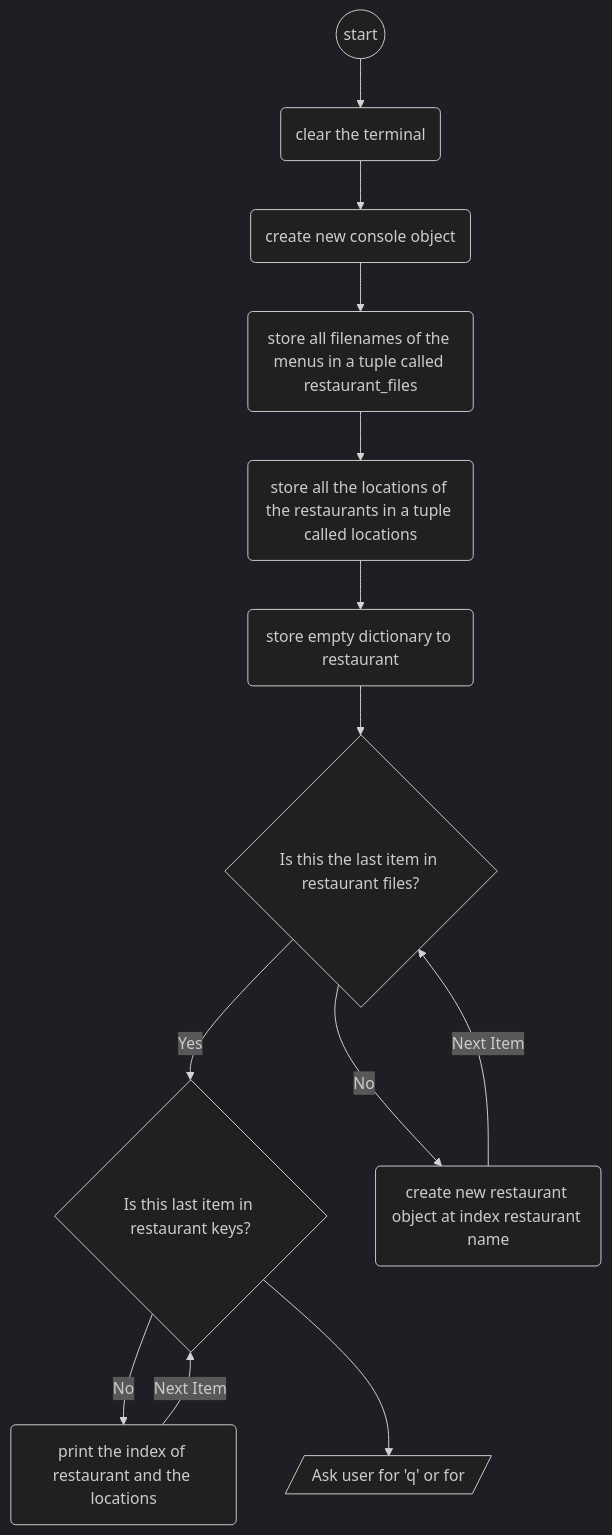
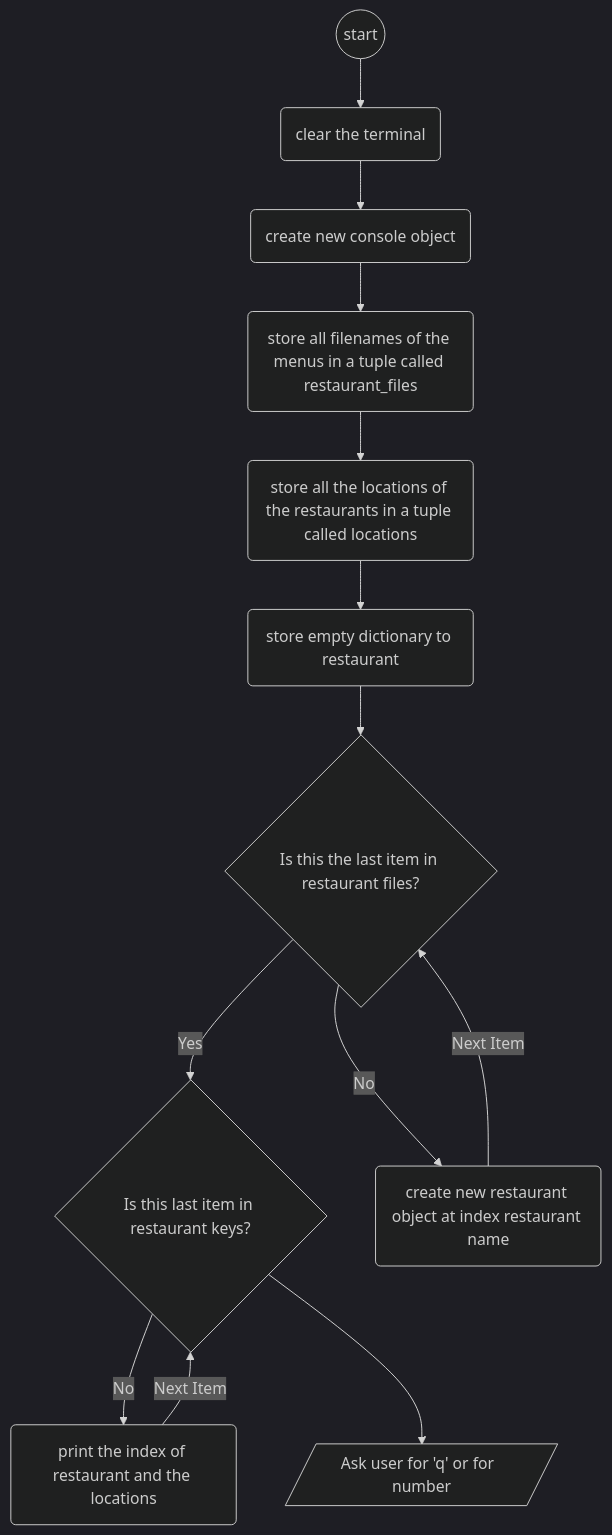
Before and after one commit to asdcf35/classwork: the diagram in Error Journaling/flowchart.mmd, drawn with Mermaid (dark theme).

Commit message:
May 14, 2024, 5:59 AM

```diff
--- a/Error Journaling/flowchart.mmd
+++ b/Error Journaling/flowchart.mmd
@@ -1,11 +1,11 @@
 flowchart
     start((start)) -->
     clearTerminal(clear the terminal) -->
     consoleObject(create new console object) -->
     restaurantFiles(store all filenames of the menus in a tuple called restaurant_files) -->
     locations(store all the locations of the restaurants in a tuple called locations) -->
     emptyRestaurant(store empty dictionary to restaurant) -->
     lastItemInRestaurantFiles{Is this the last item in restaurant files?} --> |Yes| lastItemInRestaurantKeys{Is this last item in restaurant keys?}
     lastItemInRestaurantKeys --> |No| printIndexRestaurantLocations(print the index of restaurant and the locations) -->|Next Item|lastItemInRestaurantKeys
     lastItemInRestaurantFiles --> |No| createRestaurantItem(create new restaurant object at index restaurant name) -->|Next Item|lastItemInRestaurantFiles
-    lastItemInRestaurantKeys --> askUserForRestaurant[/Ask user for 'q' or for /]
+    lastItemInRestaurantKeys --> askUserForRestaurant[/Ask user for 'q' or for  number/]
```
